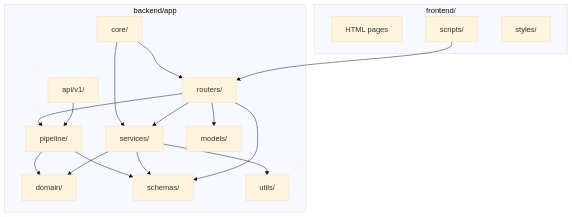
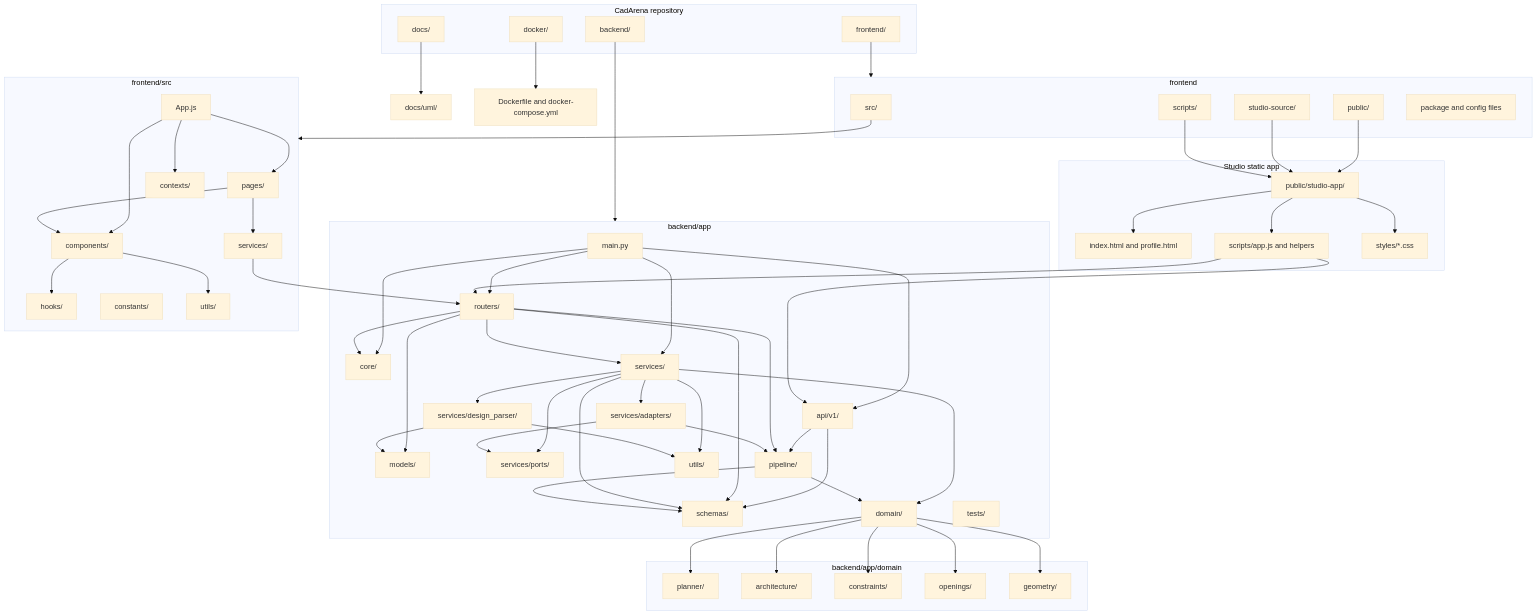
Before and after one commit to Youssefx64/CadArena: the diagram in docs/uml/structure/11_package_diagram.md, drawn with Mermaid (base theme). The commit also changed other lines of this file and 13 other files, not shown here.

````diff
--- a/docs/uml/structure/11_package_diagram.md
+++ b/docs/uml/structure/11_package_diagram.md
@@ -8,38 +8,118 @@
 ```mermaid
 flowchart TB
-    subgraph BACKEND["backend/app"]
+    subgraph REPO["CadArena repository"]
+        BACKEND["backend/"]
+        FRONTEND["frontend/"]
+        DOCS["docs/"]
+        DOCKER["docker/"]
+    end
+
+    subgraph BACKEND_APP["backend/app"]
+        MAIN["main.py"]
+        API_V1["api/v1/"]
+        ROUTERS["routers/"]
         CORE["core/"]
-        ROUTERS["routers/"]
+        MODELS["models/"]
+        SCHEMAS["schemas/"]
         SERVICES["services/"]
+        DESIGN_PARSER["services/design_parser/"]
+        ADAPTERS["services/adapters/"]
+        PORTS["services/ports/"]
         PIPELINE["pipeline/"]
         DOMAIN["domain/"]
-        SCHEMAS["schemas/"]
-        MODELS["models/"]
         UTILS["utils/"]
-        API_V1["api/v1/"]
+        TESTS["tests/"]
     end
 
-    subgraph FRONTEND["frontend/"]
-        PAGES["HTML pages"]
-        SCRIPTS["scripts/"]
-        STYLES["styles/"]
+    subgraph DOMAIN_PACKAGES["backend/app/domain"]
+        DOMAIN_PLANNER["planner/"]
+        DOMAIN_ARCH["architecture/"]
+        DOMAIN_CONSTRAINTS["constraints/"]
+        DOMAIN_OPENINGS["openings/"]
+        DOMAIN_GEOMETRY["geometry/"]
     end
 
-    SCRIPTS --> ROUTERS
+    subgraph FRONTEND_PACKAGES["frontend"]
+        SRC["src/"]
+        PUBLIC["public/"]
+        STUDIO_SOURCE["studio-source/"]
+        FRONTEND_SCRIPTS["scripts/"]
+        CONFIG["package and config files"]
+    end
+
+    subgraph REACT_SRC["frontend/src"]
+        PAGES["pages/"]
+        COMPONENTS["components/"]
+        CONTEXTS["contexts/"]
+        HOOKS["hooks/"]
+        FRONTEND_SERVICES["services/"]
+        CONSTANTS["constants/"]
+        FRONTEND_UTILS["utils/"]
+        APP["App.js"]
+    end
+
+    subgraph STUDIO_STATIC["Studio static app"]
+        STUDIO_PUBLIC["public/studio-app/"]
+        STUDIO_HTML["index.html and profile.html"]
+        STUDIO_JS["scripts/app.js and helpers"]
+        STUDIO_CSS["styles/*.css"]
+    end
+
+    BACKEND --> BACKEND_APP
+    FRONTEND --> FRONTEND_PACKAGES
+    DOCS --> UML["docs/uml/"]
+    DOCKER --> COMPOSE["Dockerfile and docker-compose.yml"]
+
+    MAIN --> ROUTERS
+    MAIN --> API_V1
+    MAIN --> CORE
+    MAIN --> SERVICES
 
     API_V1 --> PIPELINE
+    API_V1 --> SCHEMAS
+    ROUTERS --> MODELS
     ROUTERS --> SERVICES
     ROUTERS --> PIPELINE
+    ROUTERS --> CORE
     ROUTERS --> SCHEMAS
-    ROUTERS --> MODELS
 
+    SERVICES --> DESIGN_PARSER
+    SERVICES --> ADAPTERS
+    SERVICES --> PORTS
     SERVICES --> DOMAIN
     SERVICES --> UTILS
     SERVICES --> SCHEMAS
 
+    DESIGN_PARSER --> MODELS
+    DESIGN_PARSER --> UTILS
     PIPELINE --> DOMAIN
     PIPELINE --> SCHEMAS
+    ADAPTERS --> PORTS
+    ADAPTERS --> PIPELINE
 
-    CORE --> ROUTERS
-    CORE --> SERVICES
+    DOMAIN --> DOMAIN_PLANNER
+    DOMAIN --> DOMAIN_ARCH
+    DOMAIN --> DOMAIN_CONSTRAINTS
+    DOMAIN --> DOMAIN_OPENINGS
+    DOMAIN --> DOMAIN_GEOMETRY
+
+    SRC --> REACT_SRC
+    PUBLIC --> STUDIO_PUBLIC
+    STUDIO_SOURCE --> STUDIO_PUBLIC
+    FRONTEND_SCRIPTS --> STUDIO_PUBLIC
+
+    APP --> PAGES
+    APP --> COMPONENTS
+    APP --> CONTEXTS
+    PAGES --> COMPONENTS
+    PAGES --> FRONTEND_SERVICES
+    COMPONENTS --> HOOKS
+    COMPONENTS --> FRONTEND_UTILS
+    FRONTEND_SERVICES --> ROUTERS
+
+    STUDIO_PUBLIC --> STUDIO_HTML
+    STUDIO_PUBLIC --> STUDIO_JS
+    STUDIO_PUBLIC --> STUDIO_CSS
+    STUDIO_JS --> ROUTERS
+    STUDIO_JS --> API_V1
 ```
````
